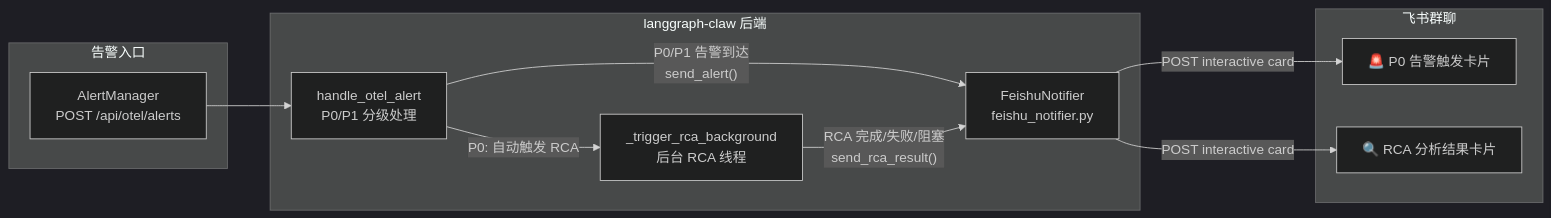
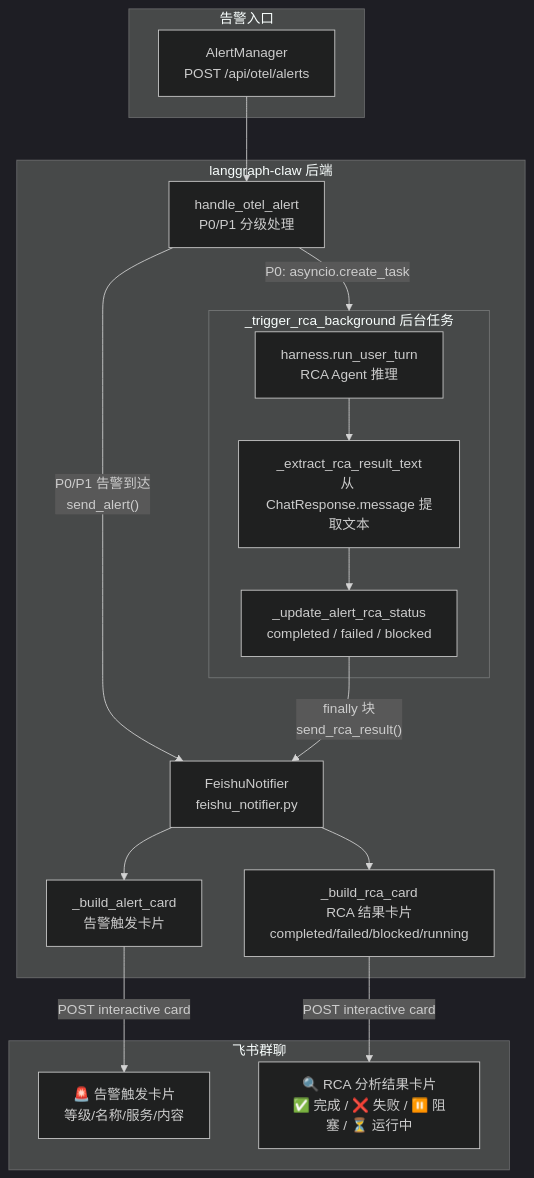
One commit to YachuanWzh/huamulan-agent changed diagram 20 of 21 in 技术方案报告.md. Above: the diagram before and after it, drawn with Mermaid (dark theme). The commit also changed other lines of this file and 6 other files, not shown here.

````diff
--- a/技术方案报告.md
+++ b/技术方案报告.md
@@ -3028,24 +3028,31 @@
 ```mermaid
-flowchart LR
+flowchart TB
     subgraph 告警入口["告警入口"]
         AM[AlertManager<br/>POST /api/otel/alerts]
     end
 
     subgraph 后端处理["langgraph-claw 后端"]
         HANDLE[handle_otel_alert<br/>P0/P1 分级处理]
-        RCA[_trigger_rca_background<br/>后台 RCA 线程]
+        subgraph RCA_PIPELINE["_trigger_rca_background 后台任务"]
+            RUN[harness.run_user_turn<br/>RCA Agent 推理]
+            EXTRACT[_extract_rca_result_text<br/>从 ChatResponse.message 提取文本]
+            UPDATE[_update_alert_rca_status<br/>completed / failed / blocked]
+        end
         NOTIFIER[FeishuNotifier<br/>feishu_notifier.py]
+        BUILD_ALERT[_build_alert_card<br/>告警触发卡片]
+        BUILD_RCA[_build_rca_card<br/>RCA 结果卡片<br/>completed/failed/blocked/running]
     end
 
     subgraph 飞书["飞书群聊"]
-        CARD1["🚨 P0 告警触发卡片"]
-        CARD2["🔍 RCA 分析结果卡片"]
+        CARD1["🚨 告警触发卡片<br/>等级/名称/服务/内容"]
+        CARD2["🔍 RCA 分析结果卡片<br/>✅ 完成 / ❌ 失败 / ⏸️ 阻塞 / ⏳ 运行中"]
     end
 
     AM --> HANDLE
     HANDLE -->|"P0/P1 告警到达<br/>send_alert()"| NOTIFIER
-    HANDLE -->|"P0: 自动触发 RCA"| RCA
-    RCA -->|"RCA 完成/失败/阻塞<br/>send_rca_result()"| NOTIFIER
-    NOTIFIER -->|"POST interactive card"| CARD1
-    NOTIFIER -->|"POST interactive card"| CARD2
+    HANDLE -->|"P0: asyncio.create_task"| RCA_PIPELINE
+    RUN --> EXTRACT --> UPDATE
+    UPDATE -->|"finally 块<br/>send_rca_result()"| NOTIFIER
+    NOTIFIER --> BUILD_ALERT -->|"POST interactive card"| CARD1
+    NOTIFIER --> BUILD_RCA -->|"POST interactive card"| CARD2
 ```
````
